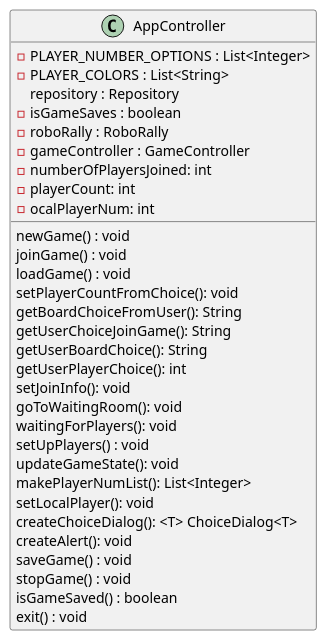
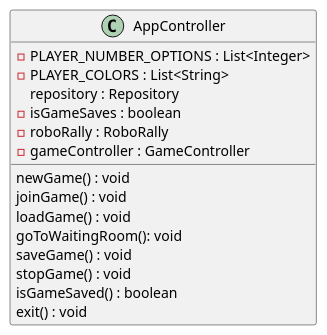
Before and after one commit to NegarOstad/RoboRally-Repo: the diagram in Diagrams/AppController.puml, drawn with PlantUML. The commit also changed 2 other files, not shown here.

Commit message:
Add class diagram and javaDoc to Checkpoint

```diff
--- a/Diagrams/AppController.puml
+++ b/Diagrams/AppController.puml
@@ -1,42 +1,27 @@
 @startuml
 'https://plantuml.com/class-diagram
 
 class AppController{
 
 -PLAYER_NUMBER_OPTIONS : List<Integer>
 -PLAYER_COLORS : List<String>
 repository : Repository
 -isGameSaves : boolean
 -roboRally : RoboRally
 -gameController : GameController
--numberOfPlayersJoined: int
--playerCount: int
--ocalPlayerNum: int
+
 
 newGame() : void
 joinGame() : void
 loadGame() : void
-setPlayerCountFromChoice(): void
-getBoardChoiceFromUser(): String
-getUserChoiceJoinGame(): String
-getUserBoardChoice(): String
-getUserPlayerChoice(): int
-setJoinInfo(): void
 goToWaitingRoom(): void
-waitingForPlayers(): void
-setUpPlayers() : void
-updateGameState(): void
-makePlayerNumList(): List<Integer>
-setLocalPlayer(): void
-createChoiceDialog(): <T> ChoiceDialog<T>
-createAlert(): void
 saveGame() : void
 stopGame() : void
 isGameSaved() : boolean
 exit() : void
 }
 
 
 
 
 @enduml
```
